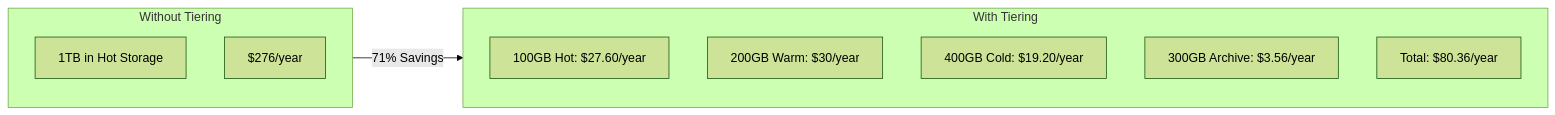
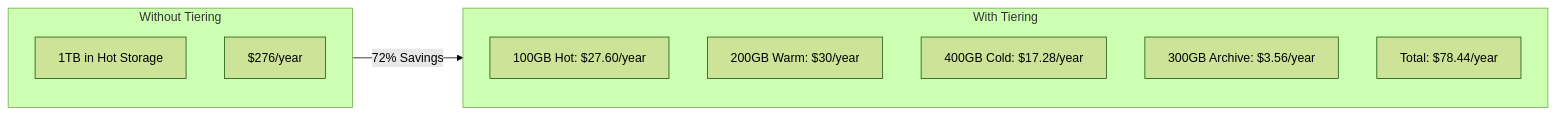
The fourth of 5 diagrams in posts/2026-01-30-backup-tiering/README.md (OneUptime/blog), drawn with Mermaid (forest theme) before and after one commit. The commit also changed other lines of this file and 2 other files, not shown here.

````diff
--- a/posts/2026-01-30-backup-tiering/README.md
+++ b/posts/2026-01-30-backup-tiering/README.md
@@ -501,17 +517,17 @@
 ```mermaid
 flowchart LR
     subgraph Before["Without Tiering"]
         B1[1TB in Hot Storage]
         B2[$276/year]
     end
 
     subgraph After["With Tiering"]
         A1[100GB Hot: $27.60/year]
         A2[200GB Warm: $30/year]
-        A3[400GB Cold: $19.20/year]
+        A3[400GB Cold: $17.28/year]
         A4[300GB Archive: $3.56/year]
-        A5[Total: $80.36/year]
+        A5[Total: $78.44/year]
     end
 
-    Before -->|71% Savings| After
+    Before -->|72% Savings| After
 ```
````
